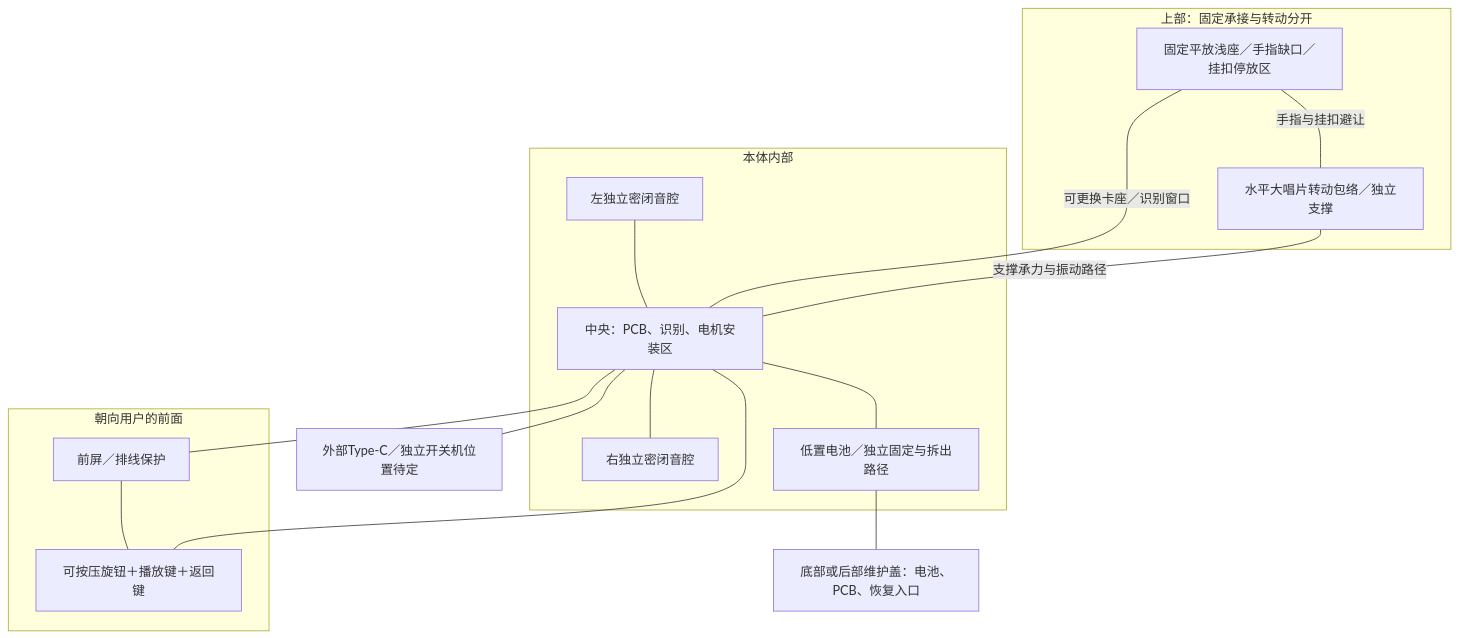
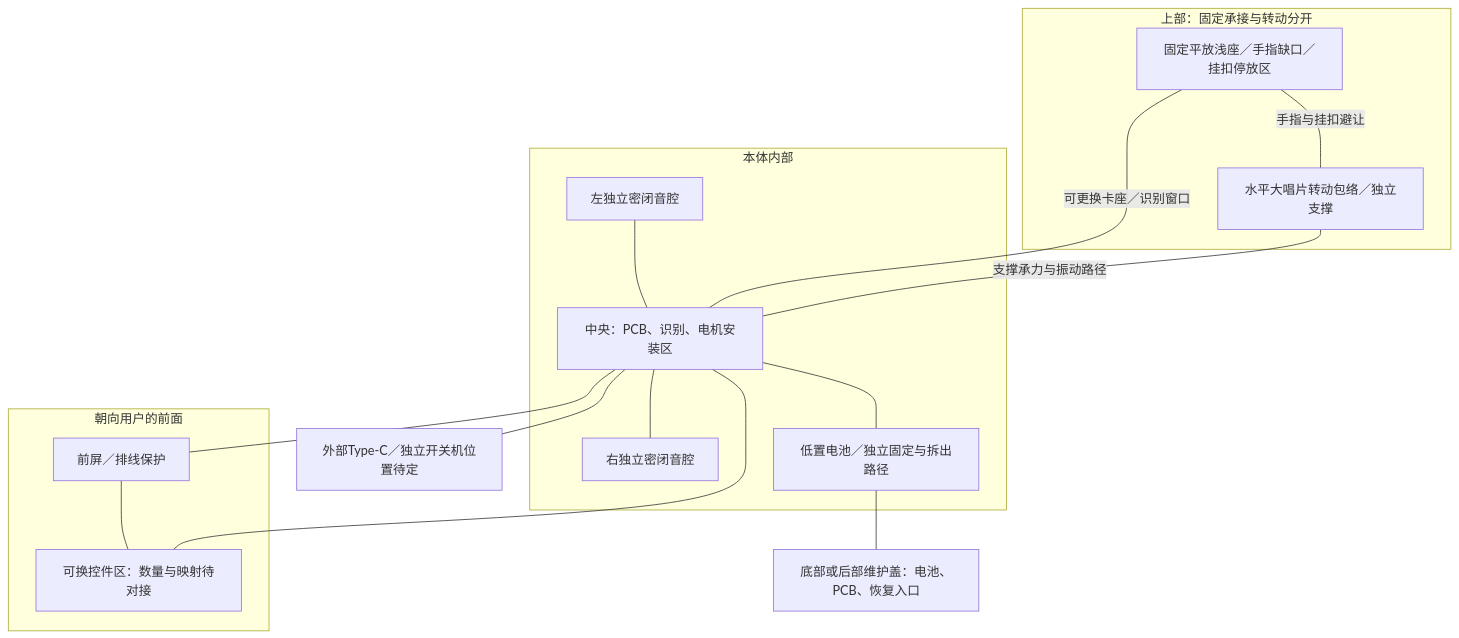
Before and after one commit to yigencong-1/record-companion: the first of 2 diagrams in features/enclosure/README.md, drawn with Mermaid. The commit also changed other lines of this file and 17 other files, not shown here.

````diff
--- a/features/enclosure/README.md
+++ b/features/enclosure/README.md
@@ -86,21 +174,21 @@
 ```mermaid
 flowchart TB
     subgraph AT["上部：固定承接与转动分开"]
         AC["固定平放浅座／手指缺口／挂扣停放区"]
         AD["水平大唱片转动包络／独立支撑"]
         AC ---|"手指与挂扣避让"| AD
     end
     subgraph AB["本体内部"]
         AL["左独立密闭音腔"] --- AE["中央：PCB、识别、电机安装区"] --- AR["右独立密闭音腔"]
         AE --- AX["低置电池／独立固定与拆出路径"]
     end
     subgraph AF["朝向用户的前面"]
-        AS["前屏／排线保护"] --- AK["可按压旋钮＋播放键＋返回键"]
+        AS["前屏／排线保护"] --- AK["可换控件区：数量与映射待对接"]
     end
     AC ---|"可更换卡座／识别窗口"| AE
     AD ---|"支撑承力与振动路径"| AE
     AE --- AS
     AE --- AK
     AE --- AU["外部Type-C／独立开关机位置待定"]
     AX --- AM["底部或后部维护盖：电池、PCB、恢复入口"]
 ```
````
